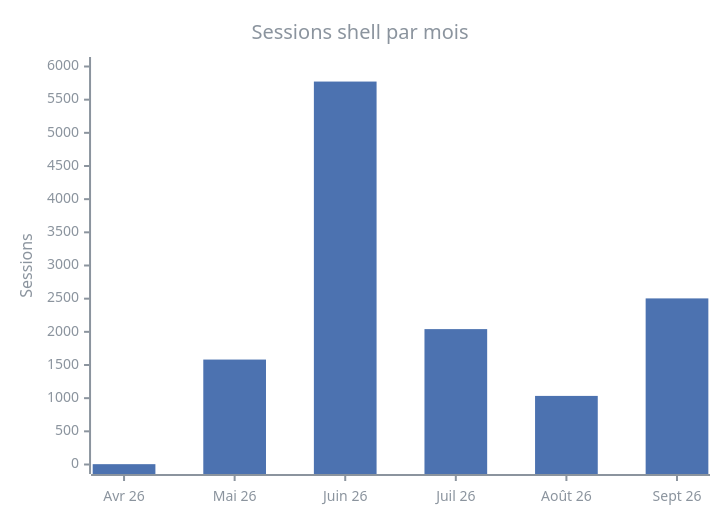
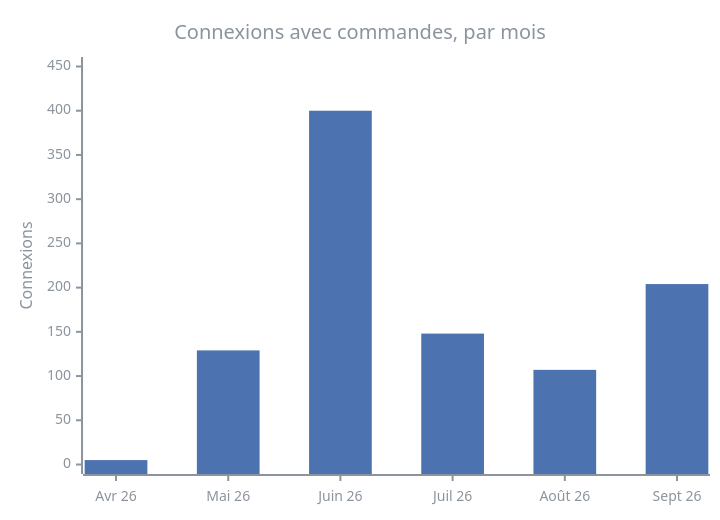
One commit to Vr00mm/honeypot-writeup changed the second of 9 diagrams in writeup-fr.md. Above: the diagram before and after it, drawn with Mermaid. The commit also changed other lines of this file and 1 other file, not shown here.

````diff
--- a/writeup-fr.md
+++ b/writeup-fr.md
@@ -204,8 +209,8 @@
 ```mermaid
 %%{init: {'theme':'base','themeVariables':{'xyChart':{'backgroundColor':'transparent','titleColor':'#8b949e','xAxisLabelColor':'#8b949e','xAxisTitleColor':'#8b949e','xAxisTickColor':'#8b949e','xAxisLineColor':'#8b949e','yAxisLabelColor':'#8b949e','yAxisTitleColor':'#8b949e','yAxisTickColor':'#8b949e','yAxisLineColor':'#8b949e','plotColorPalette':'#4C72B0'}}}}%%
 xychart-beta
-    title "Sessions shell par mois"
+    title "Connexions avec commandes, par mois"
     x-axis ["Avr 26", "Mai 26", "Juin 26", "Juil 26", "Août 26", "Sept 26"]
-    y-axis "Sessions" 0 --> 6000
-    bar [5, 1582, 5773, 2041, 1034, 2504]
+    y-axis "Connexions" 0 --> 450
+    bar [5, 129, 400, 148, 107, 204]
 ```
````
